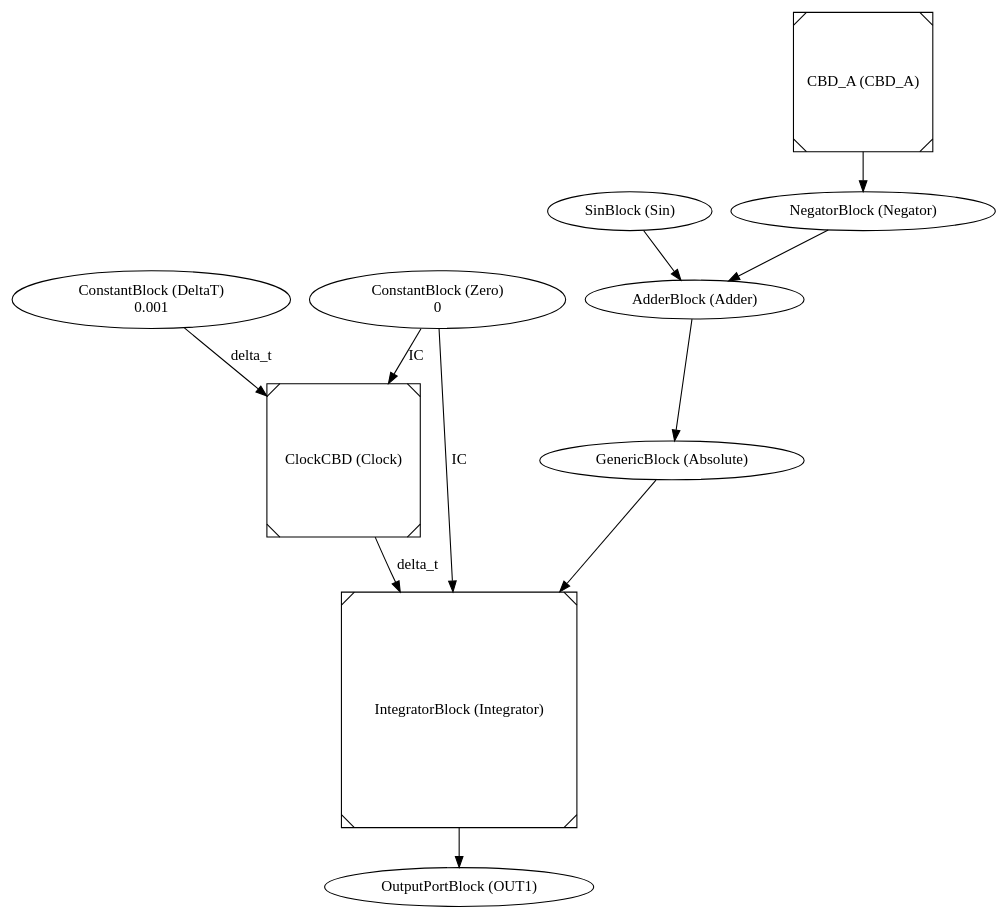
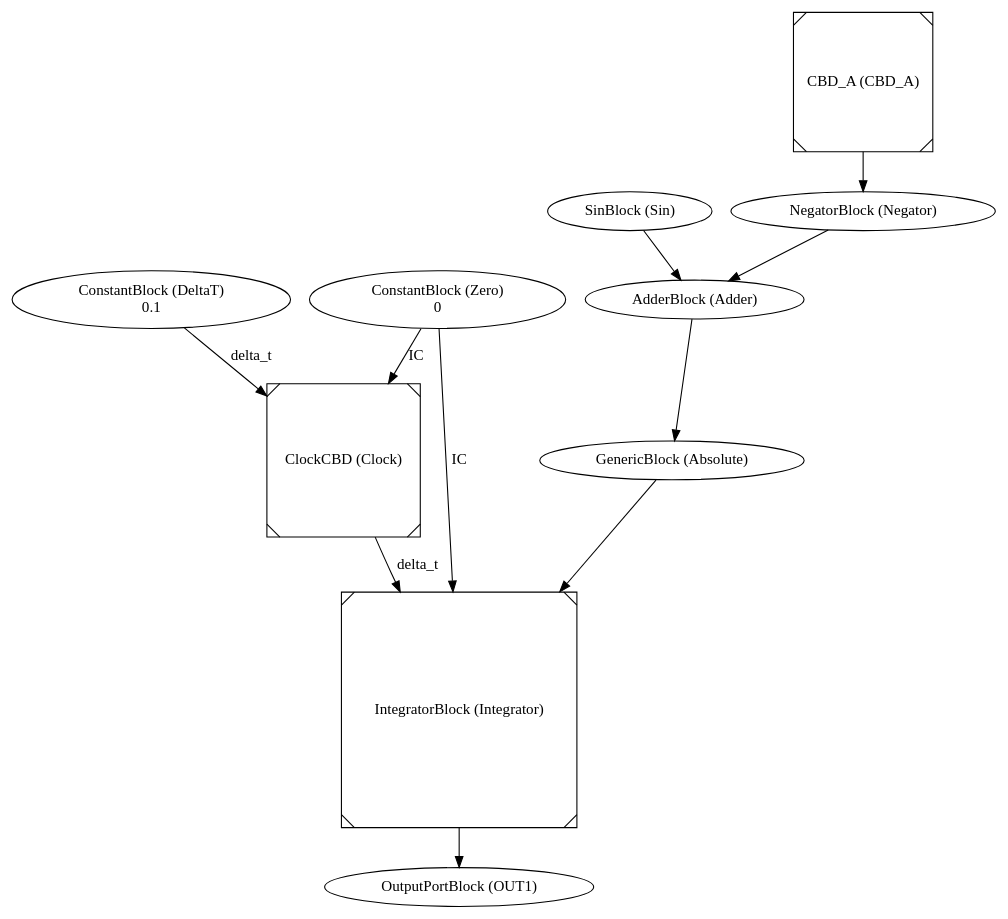
The diagram in 3CBD Continuous/CBD/output/ErrorA.dot (desmetr/MoSIS), drawn with Graphviz before and after one commit. The commit also changed 26 other files, not shown here.

```diff
--- a/3CBD Continuous/CBD/output/ErrorA.dot
+++ b/3CBD Continuous/CBD/output/ErrorA.dot
@@ -1,23 +1,23 @@
 digraph graphname
 {OUT1 [label="OutputPortBlock (OUT1)"];
 Integrator -> OUT1 [label=""];
 Clock [label="ClockCBD (Clock)",shape=Msquare];
 DeltaT -> Clock [label="delta_t"];
 Zero -> Clock [label="IC"];
 Zero [label="ConstantBlock (Zero)\n0"];
-DeltaT [label="ConstantBlock (DeltaT)\n0.001"];
+DeltaT [label="ConstantBlock (DeltaT)\n0.1"];
 Sin [label="SinBlock (Sin)"];
 Absolute [label="GenericBlock (Absolute)"];
 Adder -> Absolute [label=""];
 Adder [label="AdderBlock (Adder)"];
 Negator -> Adder [label=""];
 Sin -> Adder [label=""];
 Negator [label="NegatorBlock (Negator)"];
 CBD_A -> Negator [label=""];
 CBD_A [label="CBD_A (CBD_A)",shape=Msquare];
 Integrator [label="IntegratorBlock (Integrator)",shape=Msquare];
 Clock -> Integrator [label="delta_t"];
 Zero -> Integrator [label="IC"];
 Absolute -> Integrator [label=""];
 
 }
```
